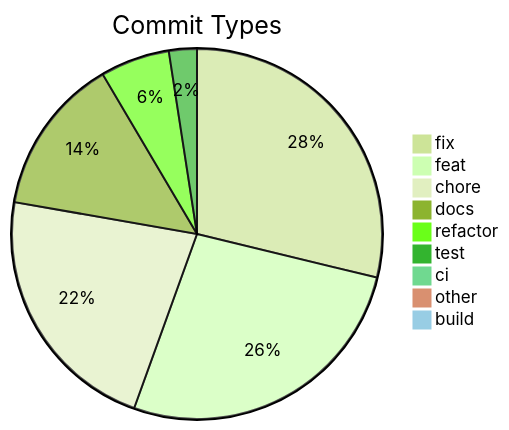
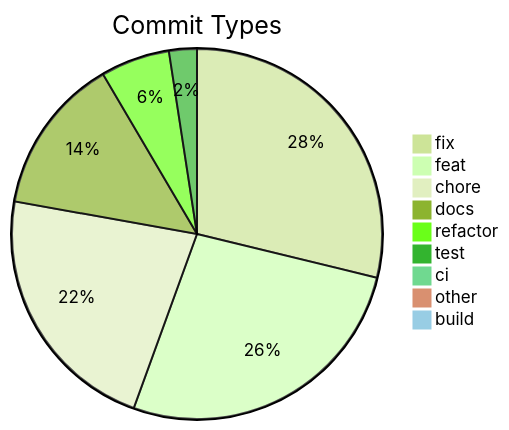
The diagram in .shipwright/compliance/change-history.md (svenroth-ai/shipwright), drawn with Mermaid (forest theme) before and after one commit. The commit also changed other lines of this file and 22 other files, not shown here.

````diff
--- a/.shipwright/compliance/change-history.md
+++ b/.shipwright/compliance/change-history.md
@@ -8,12 +8,12 @@
 ```mermaid
 pie title Commit Types
-    "fix" : 295
-    "feat" : 274
-    "chore" : 228
+    "fix" : 296
+    "feat" : 275
+    "chore" : 229
     "docs" : 141
     "refactor" : 62
     "test" : 25
     "ci" : 7
     "other" : 7
     "build" : 1
 ```
````
